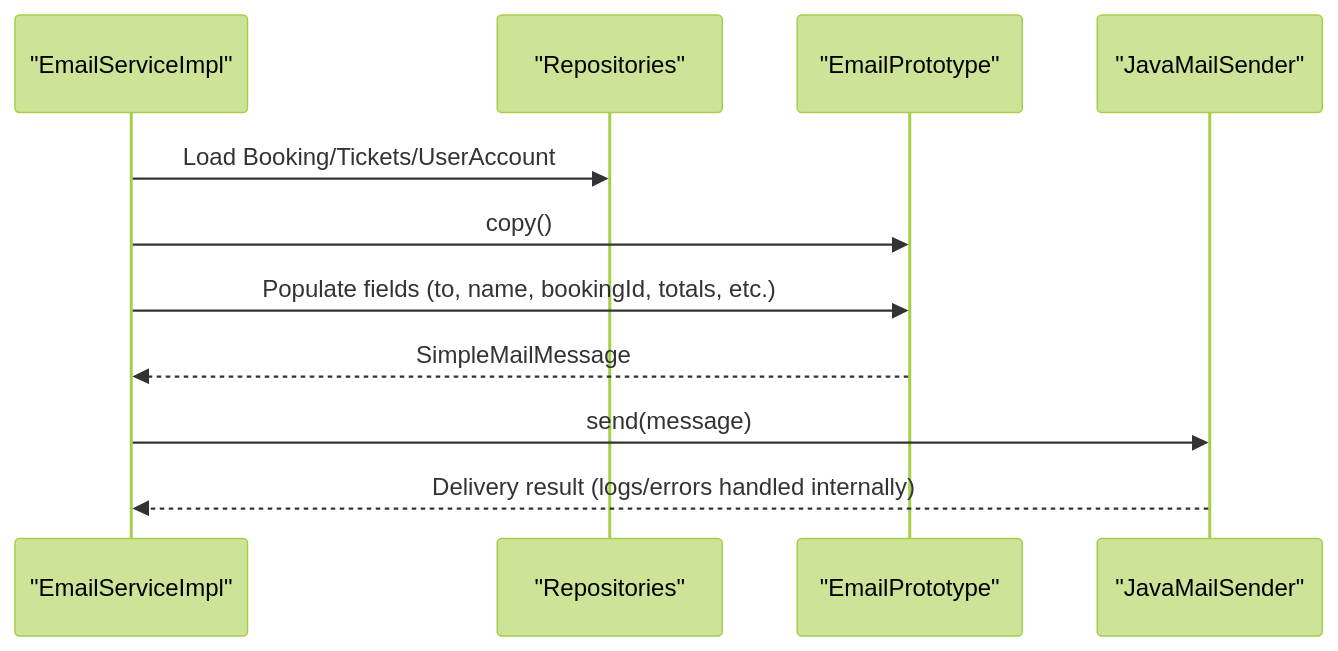
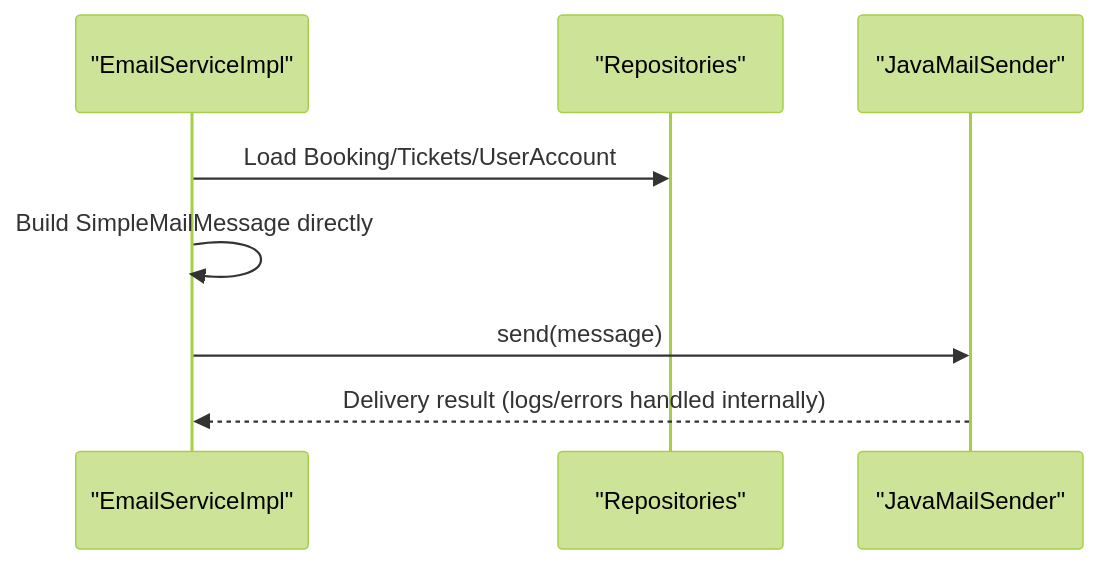
Before and after one commit to anhtudayne/Design_Pattern: the second of 5 diagrams in .qoder/repowiki/en/content/Core Features Implementation/Email Notification System.md, drawn with Mermaid (forest theme). The commit also changed other lines of this file and 10 other files, not shown here.

````diff
--- a/.qoder/repowiki/en/content/Core Features Implementation/Email Notification System.md
+++ b/.qoder/repowiki/en/content/Core Features Implementation/Email Notification System.md
@@ -117,13 +97,10 @@
 ```mermaid
 sequenceDiagram
 participant Svc as "EmailServiceImpl"
 participant Repo as "Repositories"
-participant Proto as "EmailPrototype"
 participant Mail as "JavaMailSender"
 Svc->>Repo : Load Booking/Tickets/UserAccount
-Svc->>Proto : copy()
-Svc->>Proto : Populate fields (to, name, bookingId, totals, etc.)
-Proto-->>Svc : SimpleMailMessage
+Svc->>Svc : Build SimpleMailMessage directly
 Svc->>Mail : send(message)
 Mail-->>Svc : Delivery result (logs/errors handled internally)
 ```
````
